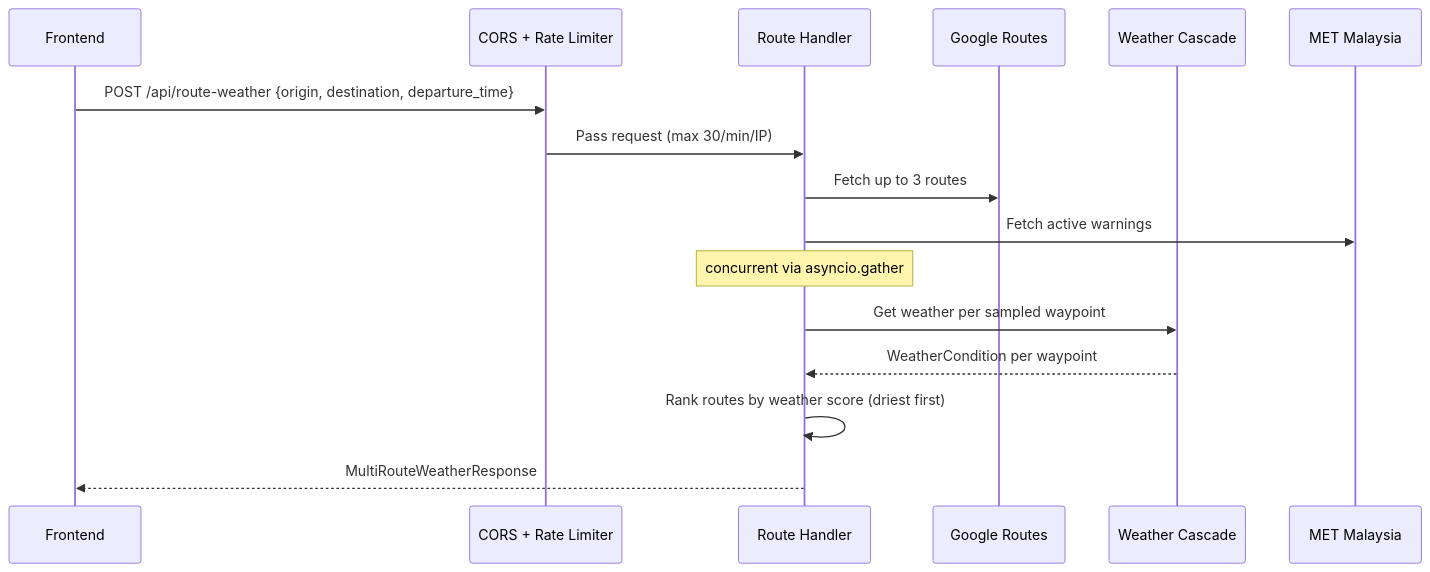
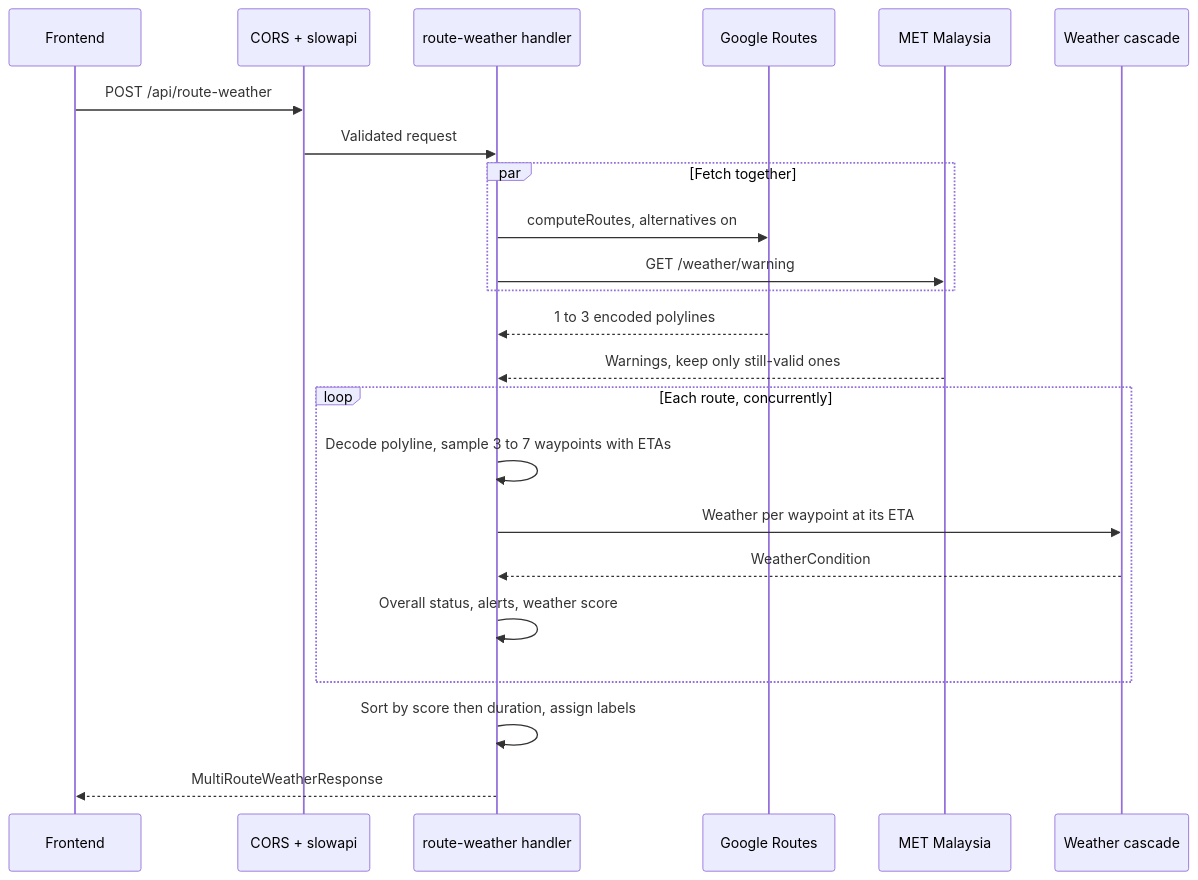
The tenth of 17 diagrams in portfolio-react/public/docs/redahluhh.md (snsyaqirah/snsyaqirah.github.io), drawn with Mermaid before and after one commit. The commit also changed other lines of this file and 101 other files, not shown here.

````diff
--- a/portfolio-react/public/docs/redahluhh.md
+++ b/portfolio-react/public/docs/redahluhh.md
@@ -290,19 +331,26 @@
 ```mermaid
 sequenceDiagram
     participant FE as Frontend
-    participant MW as CORS + Rate Limiter
-    participant API as Route Handler
+    participant MW as CORS + slowapi
+    participant API as route-weather handler
     participant GR as Google Routes
-    participant WC as Weather Cascade
     participant MET as MET Malaysia
+    participant WC as Weather cascade
 
-    FE->>MW: POST /api/route-weather {origin, destination, departure_time}
-    MW->>API: Pass request (max 30/min/IP)
-    API->>GR: Fetch up to 3 routes
-    API->>MET: Fetch active warnings
-    Note over API: concurrent via asyncio.gather
-    API->>WC: Get weather per sampled waypoint
-    WC-->>API: WeatherCondition per waypoint
-    API->>API: Rank routes by weather score (driest first)
+    FE->>MW: POST /api/route-weather
+    MW->>API: Validated request
+    par Fetch together
+        API->>GR: computeRoutes, alternatives on
+        API->>MET: GET /weather/warning
+    end
+    GR-->>API: 1 to 3 encoded polylines
+    MET-->>API: Warnings, keep only still-valid ones
+    loop Each route, concurrently
+        API->>API: Decode polyline, sample 3 to 7 waypoints with ETAs
+        API->>WC: Weather per waypoint at its ETA
+        WC-->>API: WeatherCondition
+        API->>API: Overall status, alerts, weather score
+    end
+    API->>API: Sort by score then duration, assign labels
     API-->>FE: MultiRouteWeatherResponse
 ```
````
